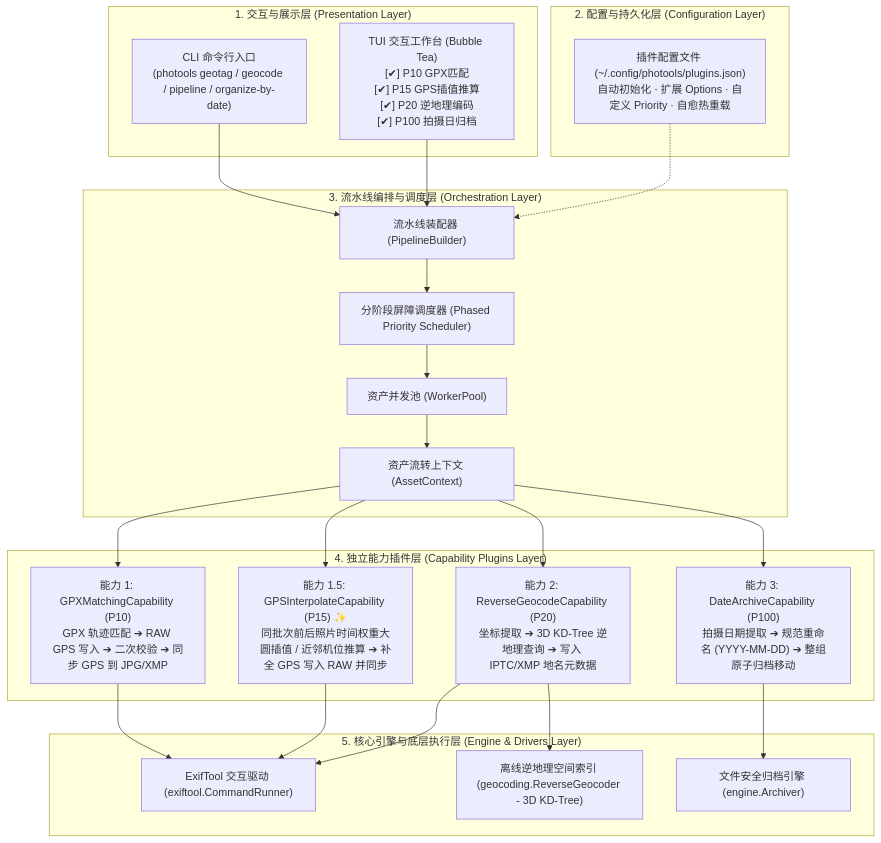
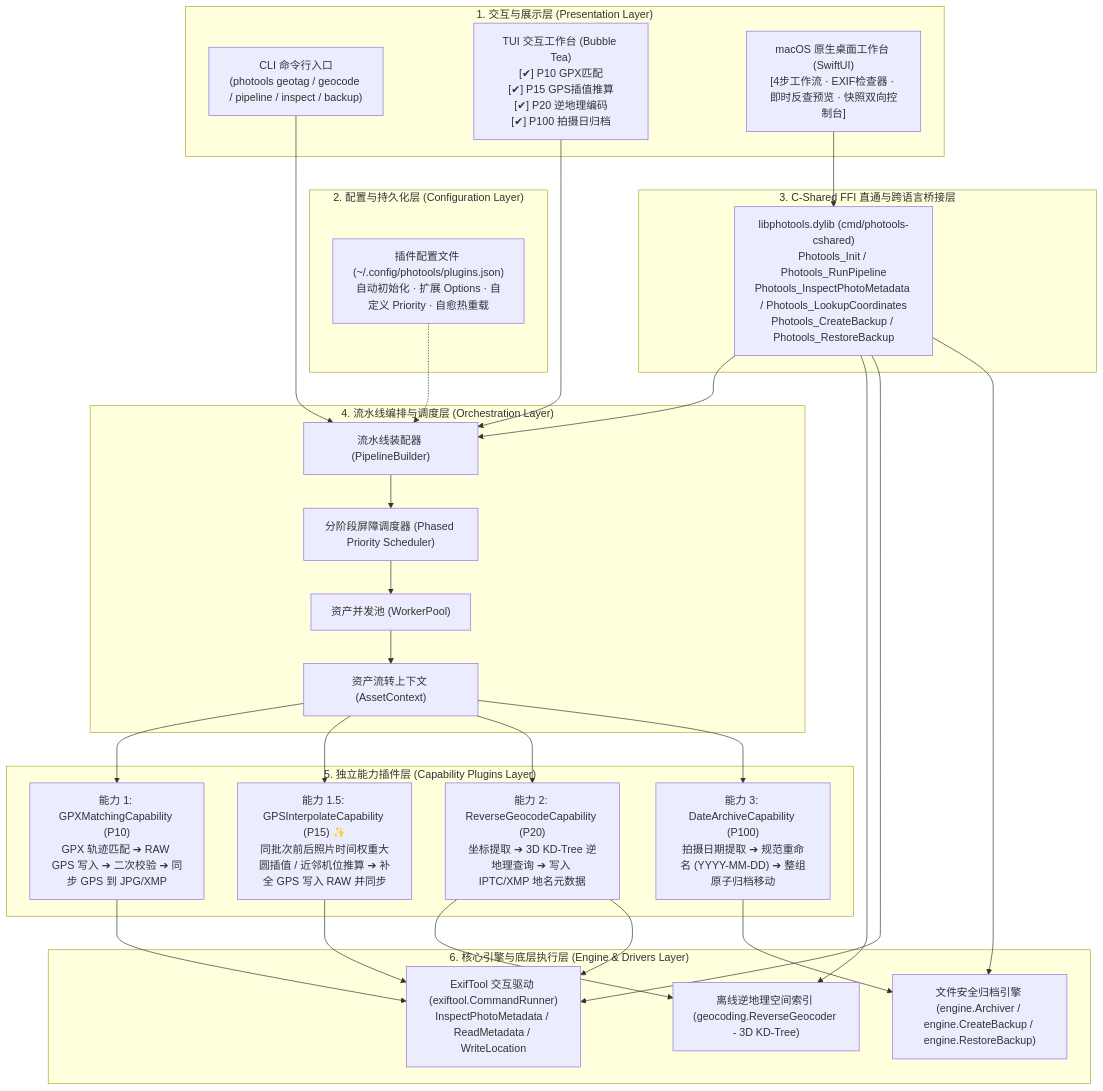
The first of 5 diagrams in docs/ARCHITECTURE_AND_DESIGN.md (vincentchyu/photools), drawn with Mermaid before and after one commit. The commit also changed other lines of this file and 100 other files, not shown here.

````diff
--- a/docs/ARCHITECTURE_AND_DESIGN.md
+++ b/docs/ARCHITECTURE_AND_DESIGN.md
@@ -9,47 +9,57 @@
 ```mermaid
 flowchart TD
     subgraph Layer_UI["1. 交互与展示层 (Presentation Layer)"]
-        CLI["CLI 命令行入口\n(photools geotag / geocode / pipeline / organize-by-date)"]
+        CLI["CLI 命令行入口\n(photools geotag / geocode / pipeline / inspect / backup)"]
         TUI["TUI 交互工作台 (Bubble Tea)\n[✔] P10 GPX匹配\n[✔] P15 GPS插值推算\n[✔] P20 逆地理编码\n[✔] P100 拍摄日归档"]
+        MacApp["macOS 原生桌面工作台 (SwiftUI)\n[4步工作流 · EXIF检查器 · 即时反查预览 · 快照双向控制台]"]
     end
 
     subgraph Layer_Config["2. 配置与持久化层 (Configuration Layer)"]
         CFG["插件配置文件 (~/.config/photools/plugins.json)\n自动初始化 · 扩展 Options · 自定义 Priority · 自愈热重载"]
     end
 
-    subgraph Layer_Orchestration["3. 流水线编排与调度层 (Orchestration Layer)"]
+    subgraph Layer_FFI["3. C-Shared FFI 直通与跨语言桥接层"]
+        Dylib["libphotools.dylib (cmd/photools-cshared)\nPhotools_Init / Photools_RunPipeline\nPhotools_InspectPhotoMetadata / Photools_LookupCoordinates\nPhotools_CreateBackup / Photools_RestoreBackup"]
+    end
+
+    subgraph Layer_Orchestration["4. 流水线编排与调度层 (Orchestration Layer)"]
         Builder["流水线装配器 (PipelineBuilder)"]
         Scheduler["分阶段屏障调度器 (Phased Priority Scheduler)"]
         Pool["资产并发池 (WorkerPool)"]
         Ctx["资产流转上下文 (AssetContext)"]
     end
 
-    subgraph Layer_Capabilities["4. 独立能力插件层 (Capability Plugins Layer)"]
+    subgraph Layer_Capabilities["5. 独立能力插件层 (Capability Plugins Layer)"]
         Cap1["能力 1: GPXMatchingCapability (P10)\nGPX 轨迹匹配 ➔ RAW GPS 写入 ➔ 二次校验 ➔ 同步 GPS 到 JPG/XMP"]
         Cap15["能力 1.5: GPSInterpolateCapability (P15) ✨\n同批次前后照片时间权重大圆插值 / 近邻机位推算 ➔ 补全 GPS 写入 RAW 并同步"]
         Cap2["能力 2: ReverseGeocodeCapability (P20)\n坐标提取 ➔ 3D KD-Tree 逆地理查询 ➔ 写入 IPTC/XMP 地名元数据"]
         Cap3["能力 3: DateArchiveCapability (P100)\n拍摄日期提取 ➔ 规范重命名 (YYYY-MM-DD) ➔ 整组原子归档移动"]
     end
 
-    subgraph Layer_Engine["5. 核心引擎与底层执行层 (Engine & Drivers Layer)"]
-        ExifDriver["ExifTool 交互驱动 (exiftool.CommandRunner)"]
+    subgraph Layer_Engine["6. 核心引擎与底层执行层 (Engine & Drivers Layer)"]
+        ExifDriver["ExifTool 交互驱动 (exiftool.CommandRunner)\nInspectPhotoMetadata / ReadMetadata / WriteLocation"]
         GeoEngine["离线逆地理空间索引 (geocoding.ReverseGeocoder - 3D KD-Tree)"]
-        ArchiveEngine["文件安全归档引擎 (engine.Archiver)"]
+        ArchiveEngine["文件安全归档引擎 (engine.Archiver / engine.CreateBackup / engine.RestoreBackup)"]
     end
 
     CLI --> Builder
     TUI --> Builder
+    MacApp --> Dylib
+    Dylib --> Builder
+    Dylib --> GeoEngine
+    Dylib --> ExifDriver
+    Dylib --> ArchiveEngine
     CFG -.-> Builder
     Builder --> Scheduler
     Scheduler --> Pool
     Pool --> Ctx
     Ctx --> Cap1
     Ctx --> Cap15
     Ctx --> Cap2
     Ctx --> Cap3
     Cap1 --> ExifDriver
     Cap15 --> ExifDriver
     Cap2 --> GeoEngine
     Cap2 --> ExifDriver
     Cap3 --> ArchiveEngine
 ```
````
